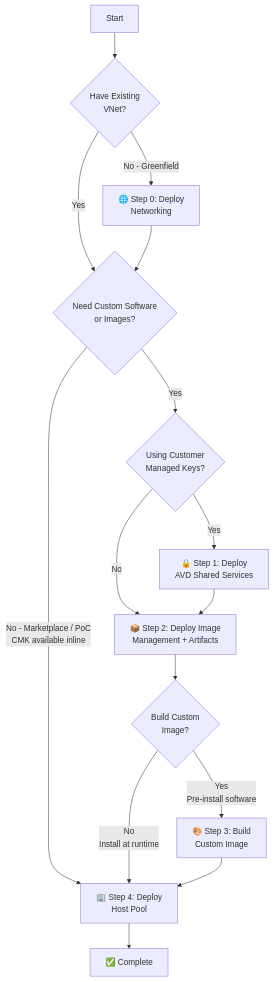
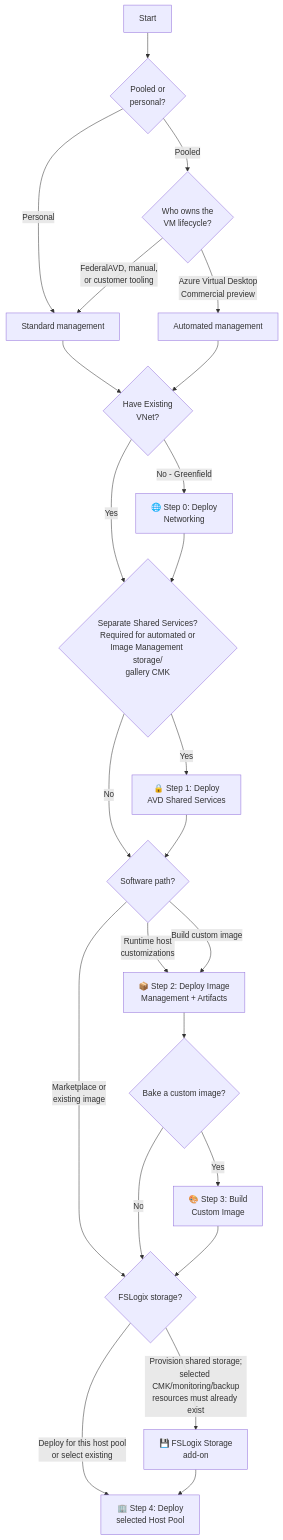
The first of 2 diagrams in docs/quick-start.md (Azure/FederalAVD), drawn with Mermaid before and after one commit. The commit also changed other lines of this file and 157 other files, not shown here.

Commit message:
Modernize automated host pool deployment contracts

````diff
--- a/docs/quick-start.md
+++ b/docs/quick-start.md
@@ -127,17 +179,27 @@
 ```mermaid
 graph TD
-    A[Start] --> B{Have Existing<br/>VNet?}
+    A[Start] --> TYPE{Pooled or<br/>personal?}
+    TYPE -->|Personal| STD[Standard management]
+    TYPE -->|Pooled| OWNER{Who owns the<br/>VM lifecycle?}
+    OWNER -->|FederalAVD, manual,<br/>or customer tooling| STD
+    OWNER -->|Azure Virtual Desktop<br/>Commercial preview| AUTO[Automated management]
+    STD --> B{Have Existing<br/>VNet?}
+    AUTO --> B
     B -->|No - Greenfield| C[🌐 Step 0: Deploy<br/>Networking]
-    B -->|Yes| CUST
-    C --> CUST
-    CUST{Need Custom Software<br/>or Images?} -->|No - Marketplace / PoC<br/>CMK available inline| HP
-    CUST -->|Yes| CMK{Using Customer<br/>Managed Keys?}
-    CMK -->|Yes| KV[🔒 Step 1: Deploy<br/>AVD Shared Services]
-    CMK -->|No| IMG
-    KV --> IMG[📦 Step 2: Deploy Image<br/>Management + Artifacts]
-    IMG --> BUILD{Build Custom<br/>Image?}
-    BUILD -->|Yes<br/>Pre-install software| IB[🎨 Step 3: Build<br/>Custom Image]
-    BUILD -->|No<br/>Install at runtime| HP
-    IB --> HP[🏢 Step 4: Deploy<br/>Host Pool]
-    HP --> J[✅ Complete]
+    B -->|Yes| SS
+    C --> SS
+    SS{Separate Shared Services?<br/>Required for automated or<br/>Image Management storage/<br/>gallery CMK} -->|Yes| KV2[🔒 Step 1: Deploy<br/>AVD Shared Services]
+    SS -->|No| SOFTWARE
+    KV2 --> SOFTWARE
+    SOFTWARE{Software path?} -->|Marketplace or<br/>existing image| PROFILE
+    SOFTWARE -->|Runtime host<br/>customizations| IMG[📦 Step 2: Deploy Image<br/>Management + Artifacts]
+    SOFTWARE -->|Build custom image| IMG
+    IMG --> BUILD{Bake a custom image?}
+    BUILD -->|Yes| IB[🎨 Step 3: Build<br/>Custom Image]
+    BUILD -->|No| PROFILE
+    IB --> PROFILE
+    PROFILE{FSLogix storage?} -->|Deploy for this host pool<br/>or select existing| HP
+    PROFILE -->|Provision shared storage;<br/>selected CMK/monitoring/backup<br/>resources must already exist| FS[💾 FSLogix Storage<br/>add-on]
+    FS --> HP
+    HP[🏢 Step 4: Deploy<br/>selected Host Pool]
 ```
````
